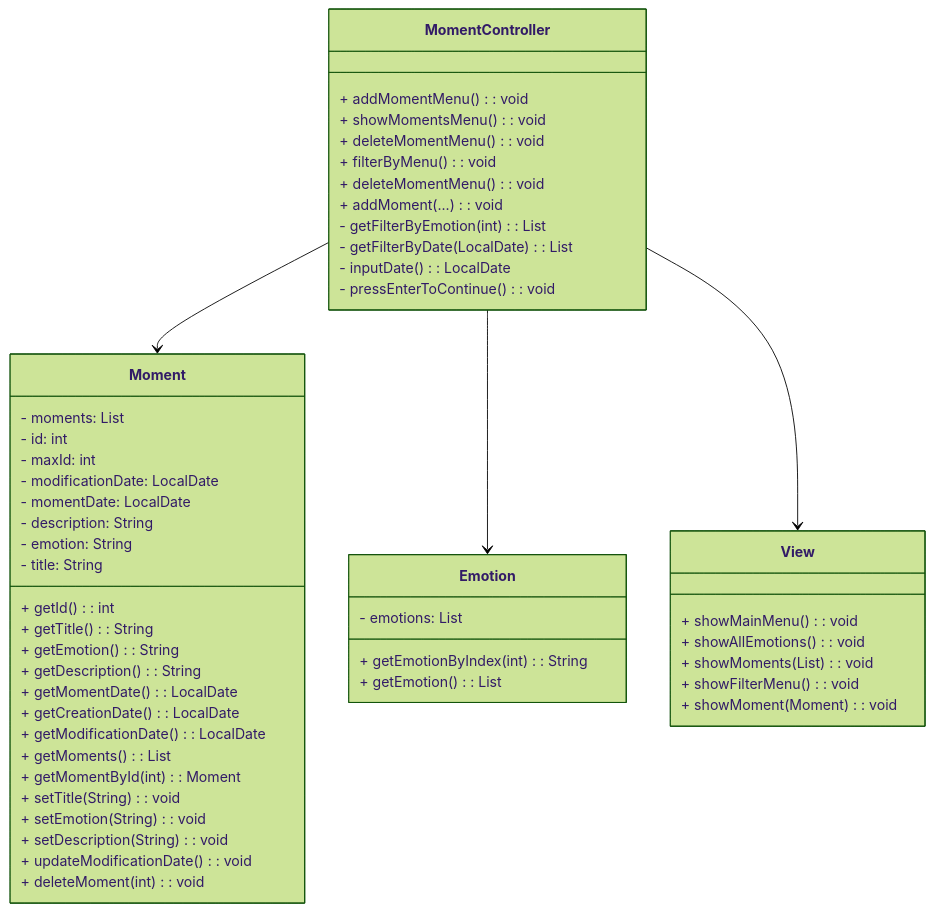
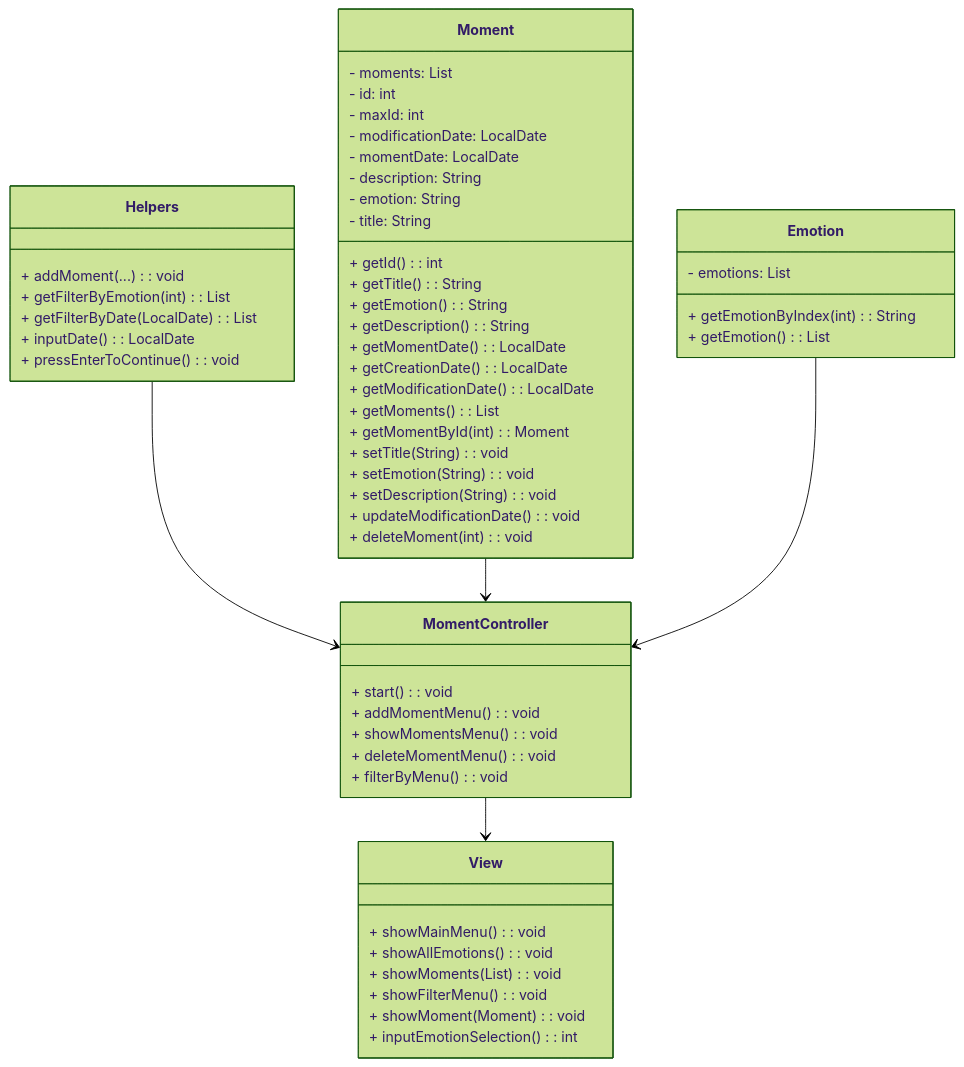
One commit to olegukr/inside_out changed the second of 2 diagrams in README.md. Above: the diagram before and after it, drawn with Mermaid (forest theme). The commit also changed other lines of this file, not shown here.

````diff
--- a/README.md
+++ b/README.md
@@ -116,59 +115,64 @@
 ```mermaid
 classDiagram
 
 class Moment {
     - moments: List<Moment>
     - id: int
     - maxId: int
     - modificationDate: LocalDate
     - momentDate: LocalDate
     - description: String
     - emotion: String
     - title: String
     + getId(): int
     + getTitle(): String
     + getEmotion(): String
     + getDescription(): String
     + getMomentDate(): LocalDate
     + getCreationDate(): LocalDate
     + getModificationDate(): LocalDate
     + getMoments(): List<Moment>
     + getMomentById(int): Moment
     + setTitle(String): void
     + setEmotion(String): void
     + setDescription(String): void
     + updateModificationDate(): void
     + deleteMoment(int): void
 }
 
 class MomentController {
+    + start(): void
     + addMomentMenu(): void
     + showMomentsMenu(): void
     + deleteMomentMenu(): void
     + filterByMenu(): void
-    + deleteMomentMenu(): void
-    + addMoment(...): void
-    - getFilterByEmotion(int): List<Moment>
-    - getFilterByDate(LocalDate): List<Moment>
-    - inputDate(): LocalDate
-    - pressEnterToContinue(): void
 }
 
 class Emotion {
     - emotions: List<String>
     + getEmotionByIndex(int): String
     + getEmotion(): List<String>
 }
 
 class View {
     + showMainMenu(): void
     + showAllEmotions(): void
     + showMoments(List<Moment>): void
     + showFilterMenu(): void
     + showMoment(Moment): void
+    + inputEmotionSelection(): int
 }
 
-MomentController --> Moment
-MomentController --> Emotion
+class Helpers {
+    + addMoment(...): void
+    + getFilterByEmotion(int): List<Moment>
+    + getFilterByDate(LocalDate): List<Moment>
+    + inputDate(): LocalDate
+    + pressEnterToContinue(): void
+}
+
 MomentController --> View
+Helpers --> MomentController
+Moment --> MomentController
+Emotion --> MomentController
 ```
````
